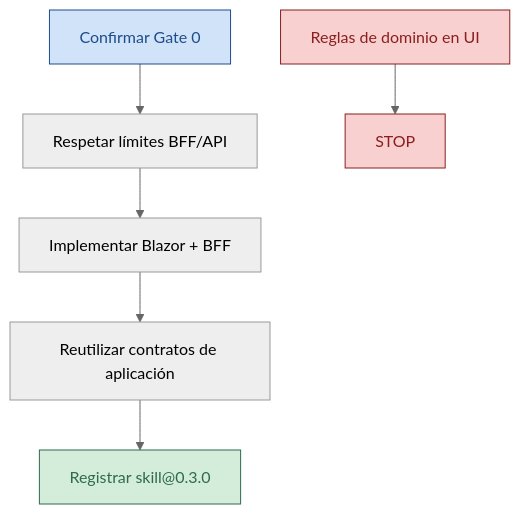
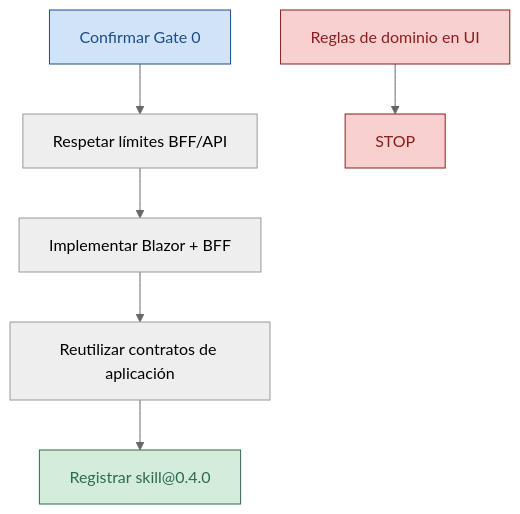
Before and after one commit to Cyberdine-Systems-Corporation/sdaf-stack-dotnet: the diagram in skills/blazor-bff-slice/SKILL.md, drawn with Mermaid (neutral theme). The commit also changed other lines of this file and 31 other files, not shown here.

````diff
--- a/skills/blazor-bff-slice/SKILL.md
+++ b/skills/blazor-bff-slice/SKILL.md
@@ -39,18 +39,18 @@
 ```mermaid
 flowchart TD
   g0[Confirmar Gate 0] --> adr[Respetar límites BFF/API]
   adr --> ui[Implementar Blazor + BFF]
   ui --> reuse[Reutilizar contratos de aplicación]
-  reuse --> wl[Registrar skill@0.3.0]
+  reuse --> wl[Registrar skill@0.4.0]
   domainUi[Reglas de dominio en UI] --> stop[STOP]
 
   classDef stop fill:#f8d0d0,stroke:#8b1e1e,color:#8b1e1e
   classDef ok fill:#d4edda,stroke:#2d6a4f,color:#2d6a4f
   classDef stub fill:#e9ecef,stroke:#6c757d,color:#6c757d
   classDef core fill:#d0e3f8,stroke:#1e4d8b,color:#1e4d8b
 
   class stop stop
   class wl ok
   class g0 core
   class domainUi stop
 ```
````
